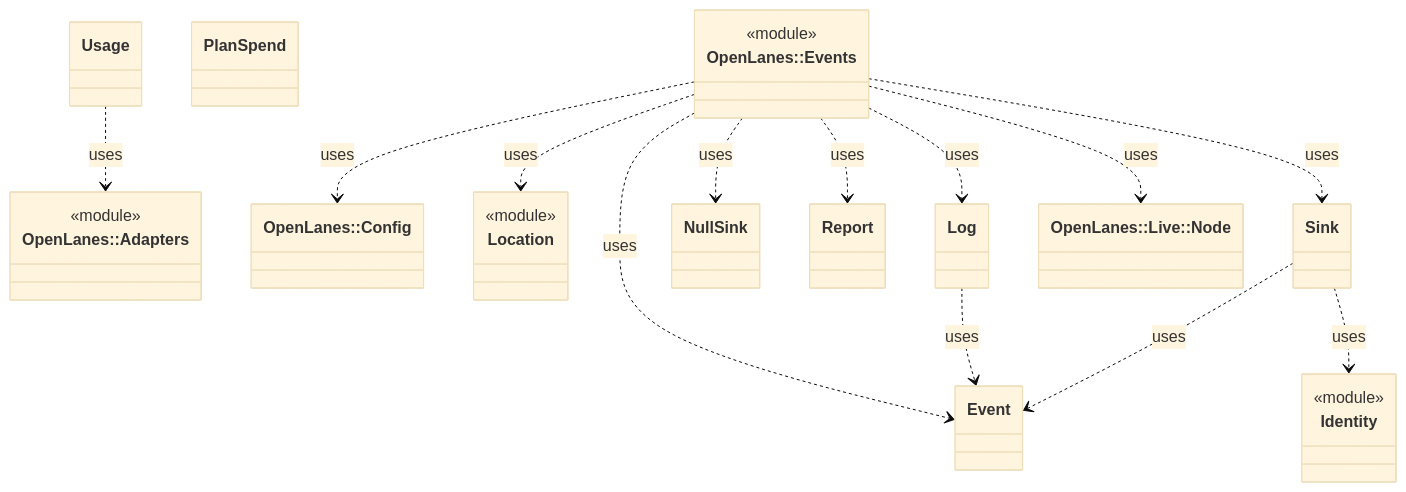
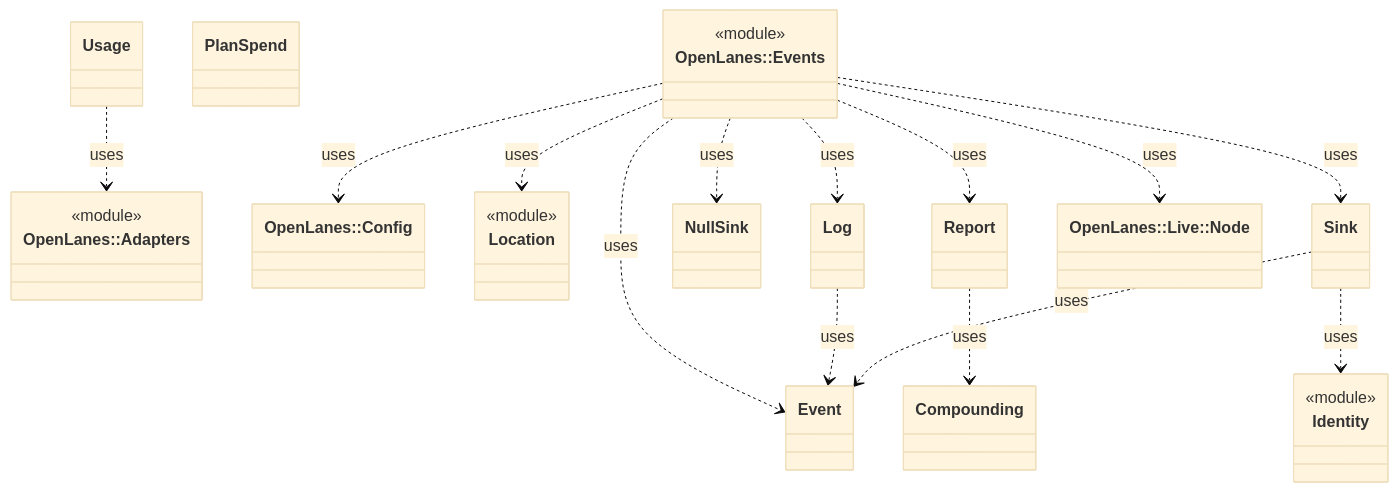
The diagram in docs/architecture/openlanes-events.md (kigster/openlanes), drawn with Mermaid (base theme) before and after one commit. The commit also changed 36 other files, not shown here.

````diff
--- a/docs/architecture/openlanes-events.md
+++ b/docs/architecture/openlanes-events.md
@@ -5,32 +5,34 @@
 ```mermaid
 classDiagram
   class OpenLanes__Adapters["OpenLanes::Adapters"]
   <<module>> OpenLanes__Adapters
   class OpenLanes__Config["OpenLanes::Config"]
   class OpenLanes__Events["OpenLanes::Events"]
   <<module>> OpenLanes__Events
+  class OpenLanes__Events__Compounding["Compounding"]
   class OpenLanes__Events__Event["Event"]
   class OpenLanes__Events__Identity["Identity"]
   <<module>> OpenLanes__Events__Identity
   class OpenLanes__Events__Location["Location"]
   <<module>> OpenLanes__Events__Location
   class OpenLanes__Events__Log["Log"]
   class OpenLanes__Events__NullSink["NullSink"]
   class OpenLanes__Events__PlanSpend["PlanSpend"]
   class OpenLanes__Events__Report["Report"]
   class OpenLanes__Events__Sink["Sink"]
   class OpenLanes__Events__Usage["Usage"]
   class OpenLanes__Live__Node["OpenLanes::Live::Node"]
   OpenLanes__Events ..> OpenLanes__Config : uses
   OpenLanes__Events ..> OpenLanes__Events__Event : uses
   OpenLanes__Events ..> OpenLanes__Events__Location : uses
   OpenLanes__Events ..> OpenLanes__Events__Log : uses
   OpenLanes__Events ..> OpenLanes__Events__NullSink : uses
   OpenLanes__Events ..> OpenLanes__Events__Report : uses
   OpenLanes__Events ..> OpenLanes__Events__Sink : uses
   OpenLanes__Events ..> OpenLanes__Live__Node : uses
   OpenLanes__Events__Log ..> OpenLanes__Events__Event : uses
+  OpenLanes__Events__Report ..> OpenLanes__Events__Compounding : uses
   OpenLanes__Events__Sink ..> OpenLanes__Events__Event : uses
   OpenLanes__Events__Sink ..> OpenLanes__Events__Identity : uses
   OpenLanes__Events__Usage ..> OpenLanes__Adapters : uses
 ```
````
